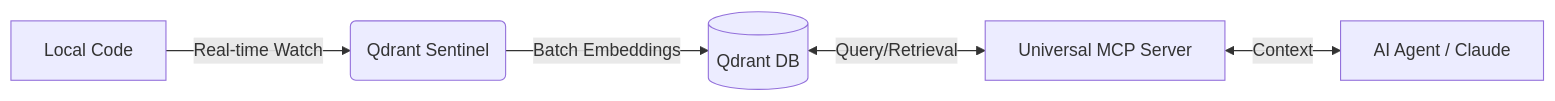
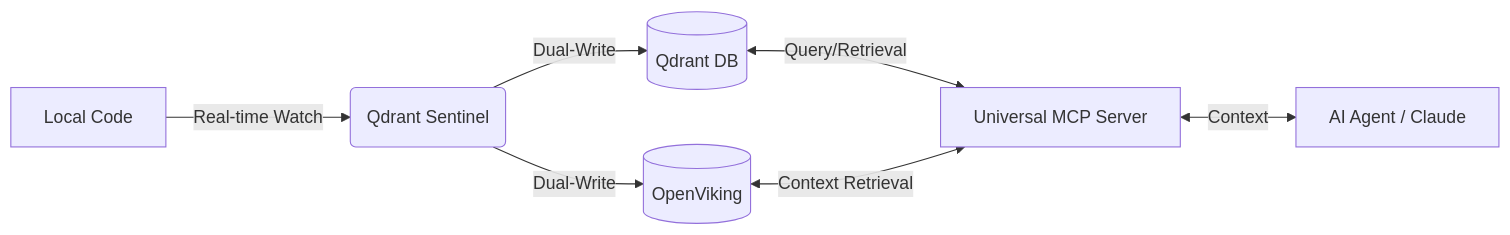
Before and after one commit to neco001/Qdrant_Sentinel: the diagram in README.md, drawn with Mermaid. The commit also changed other lines of this file and 5 other files, not shown here.

Commit message:
LP_TASK: Initialize MCP Server Skeleton & Configuration

````diff
--- a/README.md
+++ b/README.md
@@ -13,7 +13,9 @@
 ```mermaid
 graph LR
     A[Local Code] -->|Real-time Watch| B(Qdrant Sentinel)
-    B -->|Batch Embeddings| C[(Qdrant DB)]
-    C <-->|Query/Retrieval| D[Universal MCP Server]
-    D <-->|Context| E[AI Agent / Claude]
+    B -->|Dual-Write| C[(Qdrant DB)]
+    B -->|Dual-Write| D[(OpenViking)]
+    C <-->|Query/Retrieval| E[Universal MCP Server]
+    D <-->|Context Retrieval| E
+    E <-->|Context| F[AI Agent / Claude]
 ```
````
